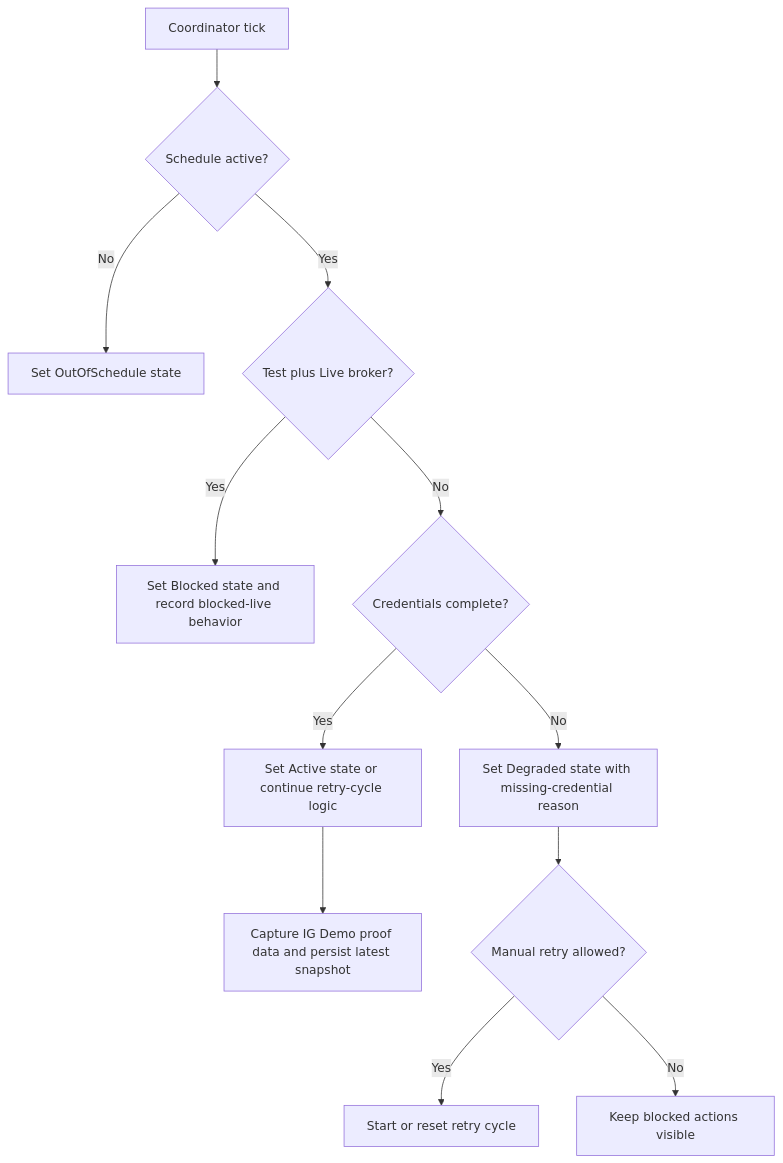
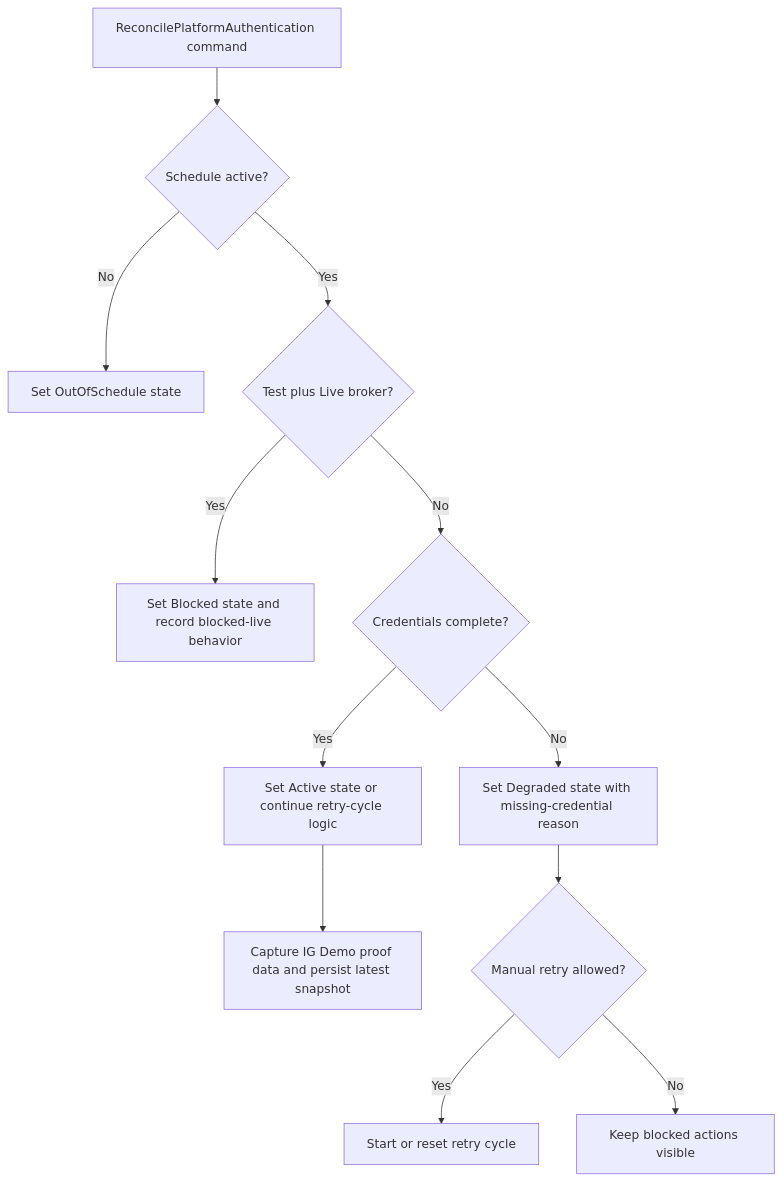
Before and after one commit to MartynFewtrell/TNC.Trading.Platform: the third of 3 diagrams in docs/wiki/runtime-behavior.md, drawn with Mermaid. The commit also changed other lines of this file and 263 other files, not shown here.

Commit message:
Refactor Solution towards a Clean Architecture

````diff
--- a/docs/wiki/runtime-behavior.md
+++ b/docs/wiki/runtime-behavior.md
@@ -404,14 +658,14 @@
 ```mermaid
 flowchart TD
-    Tick[Coordinator tick] --> Schedule{Schedule active?}
+    Tick[ReconcilePlatformAuthentication command] --> Schedule{Schedule active?}
     Schedule -->|No| OutOfSchedule[Set OutOfSchedule state]
     Schedule -->|Yes| Combination{Test plus Live broker?}
     Combination -->|Yes| Blocked[Set Blocked state and record blocked-live behavior]
     Combination -->|No| Credentials{Credentials complete?}
     Credentials -->|No| Degraded[Set Degraded state with missing-credential reason]
     Credentials -->|Yes| Active[Set Active state or continue retry-cycle logic]
     Active --> ProofData[Capture IG Demo proof data and persist latest snapshot]
     Degraded --> ManualRetry{Manual retry allowed?}
     ManualRetry -->|Yes| RetryCycle[Start or reset retry cycle]
     ManualRetry -->|No| Wait[Keep blocked actions visible]
 ```
````
